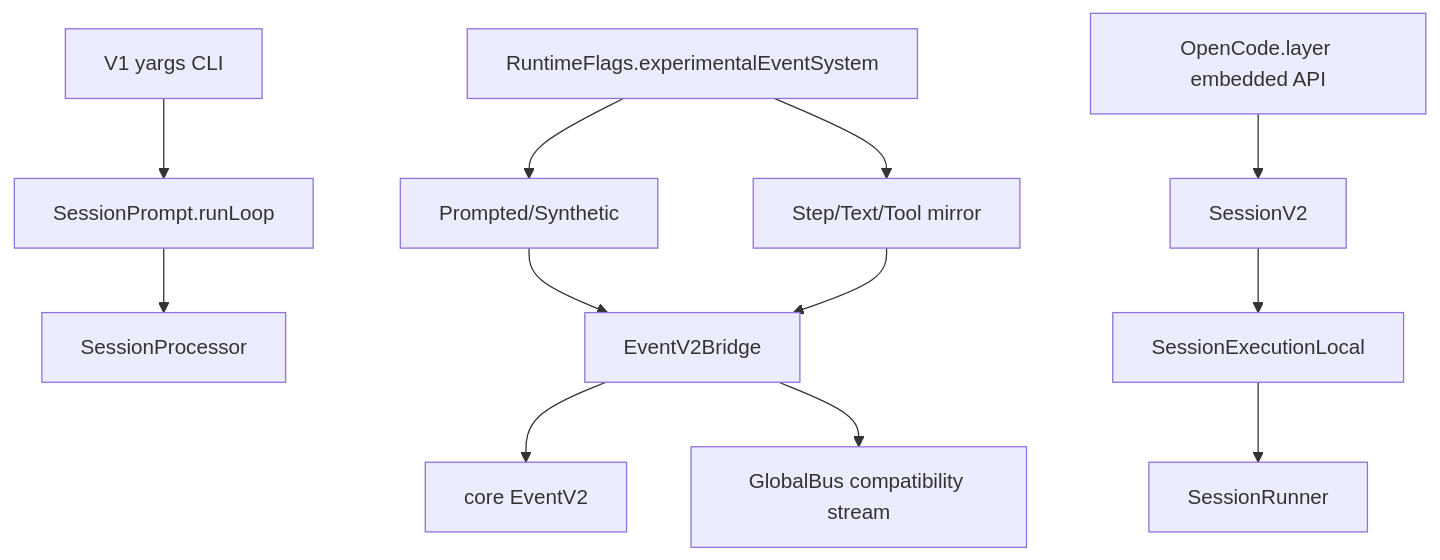
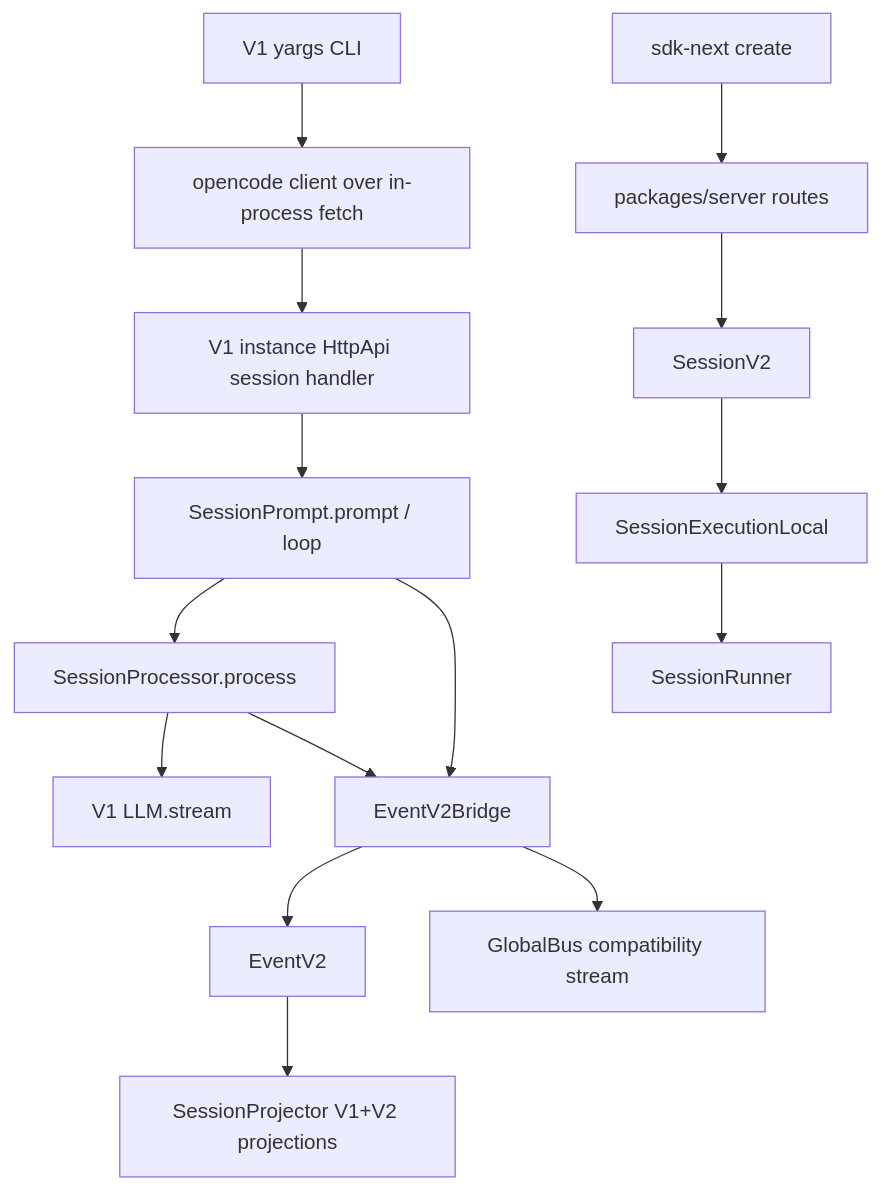
The diagram in docs/llm-wiki/opencode/spine/v1-v2-relationship.md (wdnmdtonyma/SOTA-Agent-LLM-Wiki), drawn with Mermaid before and after one commit. The commit also changed other lines of this file and 544 other files, not shown here.

First line of the commit message:
docs(llm-wiki): re-verify codex/opencode/pi wikis at latest upstream HEAD

````diff
--- a/docs/llm-wiki/opencode/spine/v1-v2-relationship.md
+++ b/docs/llm-wiki/opencode/spine/v1-v2-relationship.md
@@ -24,14 +24,17 @@
 ```mermaid
 flowchart TD
-  V1CLI["V1 yargs CLI"] --> V1Loop["SessionPrompt.runLoop"]
-  V1Loop --> V1Processor["SessionProcessor"]
-  Flags["RuntimeFlags.experimentalEventSystem"] --> V1PromptEvents["Prompted/Synthetic"]
-  Flags --> V1ProcessorMirror["Step/Text/Tool mirror"]
-  V1PromptEvents --> Bridge["EventV2Bridge"]
-  V1ProcessorMirror --> Bridge
-  Bridge --> CoreEvents["core EventV2"]
+  V1CLI["V1 yargs CLI"] --> V1Client["opencode client over in-process fetch"]
+  V1Client --> V1Http["V1 instance HttpApi session handler"]
+  V1Http --> V1Prompt["SessionPrompt.prompt / loop"]
+  V1Prompt --> V1Processor["SessionProcessor.process"]
+  V1Processor --> V1LLM["V1 LLM.stream"]
+  V1Prompt --> Bridge["EventV2Bridge"]
+  V1Processor --> Bridge
+  Bridge --> CoreEvents["EventV2"]
+  CoreEvents --> Projector["SessionProjector V1+V2 projections"]
   Bridge --> GlobalBus["GlobalBus compatibility stream"]
-  PublicAPI["OpenCode.layer embedded API"] --> SessionV2["SessionV2"]
+  V2Server["packages/server routes"] --> SessionV2["SessionV2"]
+  SDKNext["sdk-next create"] --> V2Server
   SessionV2 --> ExecutionLocal["SessionExecutionLocal"]
   ExecutionLocal --> Runner["SessionRunner"]
 ```
````
